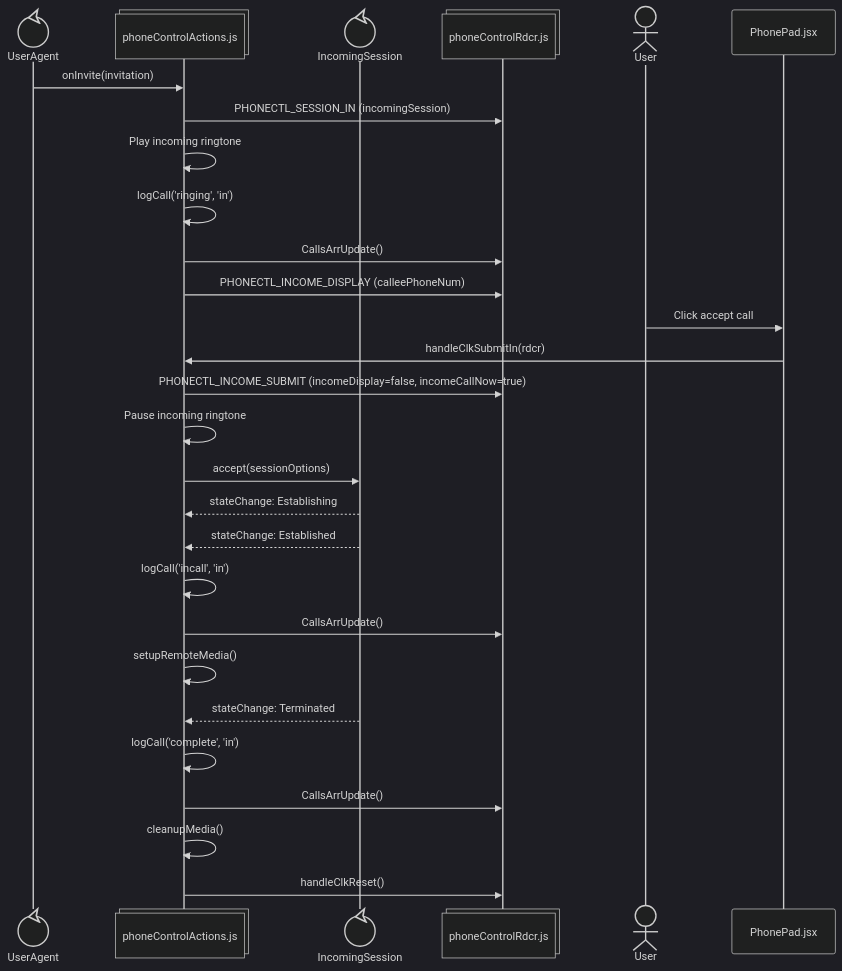
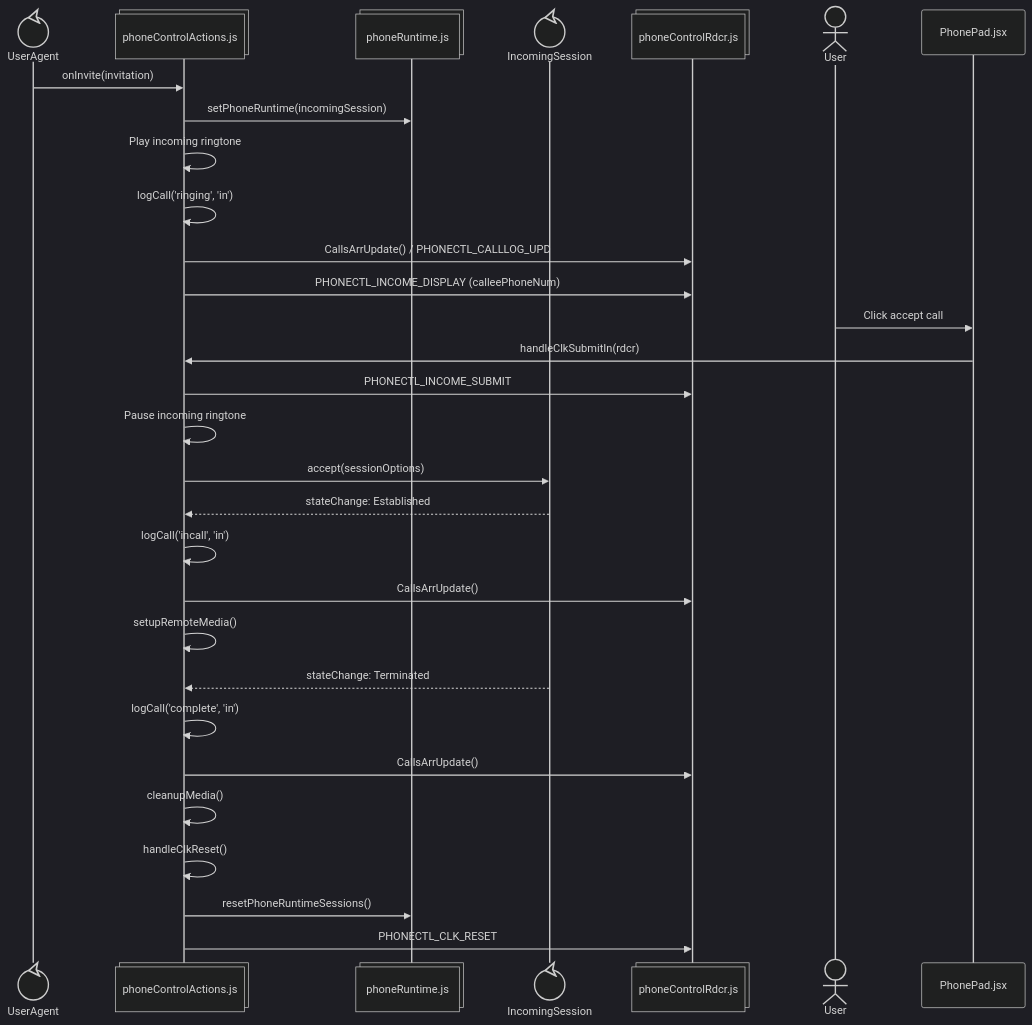
Before and after one commit to ars-anosov/sipjs-react: the fifth of 6 diagrams in phone/README.md, drawn with Mermaid (dark theme). The commit also changed other lines of this file, not shown here.

````diff
--- a/phone/README.md
+++ b/phone/README.md
@@ -108,31 +149,33 @@
 ```mermaid
 sequenceDiagram
   participant UserAgent@{ "type" : "control" }
   participant Action@{ "type" : "collections", "alias": "phoneControlActions.js" }
+  participant Runtime@{ "type" : "collections", "alias": "phoneRuntime.js" }
   participant IncomingSession@{ "type" : "control" }
-  participant Dispatch@{ "type" : "collections", "alias": "phoneControlRdcr.js"  }
+  participant Dispatch@{ "type" : "collections", "alias": "phoneControlRdcr.js" }
   actor User
   participant PhonePad@{ "type" : "participant", "alias": "PhonePad.jsx" }
 
   UserAgent->>Action: onInvite(invitation)
-  Action->>Dispatch: PHONECTL_SESSION_IN (incomingSession)
+  Action->>Runtime: setPhoneRuntime(incomingSession)
   Action->>Action: Play incoming ringtone
   Action->>Action: logCall('ringing', 'in')
-  Action->>Dispatch: CallsArrUpdate()
+  Action->>Dispatch: CallsArrUpdate() / PHONECTL_CALLLOG_UPD
   Action->>Dispatch: PHONECTL_INCOME_DISPLAY (calleePhoneNum)
   User->>PhonePad: Click accept call
   PhonePad->>Action: handleClkSubmitIn(rdcr)
-  Action->>Dispatch: PHONECTL_INCOME_SUBMIT (incomeDisplay=false, incomeCallNow=true)
+  Action->>Dispatch: PHONECTL_INCOME_SUBMIT
   Action->>Action: Pause incoming ringtone
   Action->>IncomingSession: accept(sessionOptions)
-  IncomingSession-->>Action: stateChange: Establishing
   IncomingSession-->>Action: stateChange: Established
   Action->>Action: logCall('incall', 'in')
   Action->>Dispatch: CallsArrUpdate()
   Action->>Action: setupRemoteMedia()
   IncomingSession-->>Action: stateChange: Terminated
   Action->>Action: logCall('complete', 'in')
   Action->>Dispatch: CallsArrUpdate()
   Action->>Action: cleanupMedia()
-  Action->>Dispatch: handleClkReset()
+  Action->>Action: handleClkReset()
+  Action->>Runtime: resetPhoneRuntimeSessions()
+  Action->>Dispatch: PHONECTL_CLK_RESET
 ```
````
